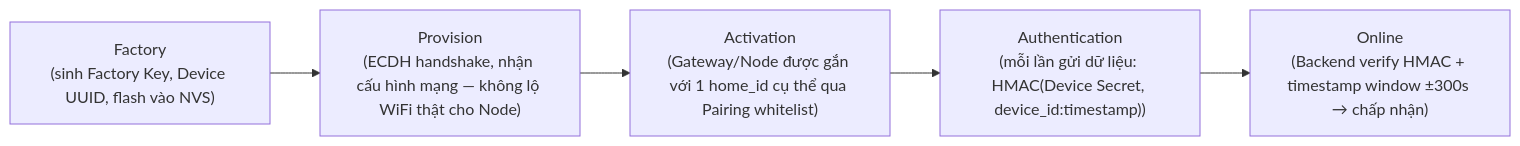
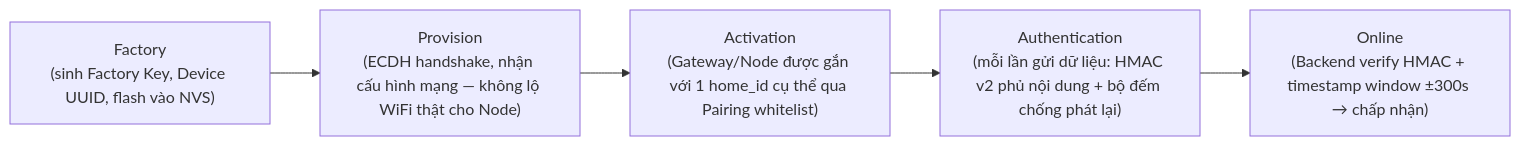
One commit to Noxxsanl/secure-smart-home changed the second of 9 diagrams in docs/SECURITY_ARCHITECTURE.md. Above: the diagram before and after it, drawn with Mermaid. The commit also changed other lines of this file and 132 other files, not shown here.

````diff
--- a/docs/SECURITY_ARCHITECTURE.md
+++ b/docs/SECURITY_ARCHITECTURE.md
@@ -212,7 +228,8 @@
 ```mermaid
 flowchart LR
     A["Factory\n(sinh Factory Key, Device UUID, flash vào NVS)"] --> B["Provision\n(ECDH handshake, nhận cấu hình mạng — không lộ WiFi thật cho Node)"]
     B --> C["Activation\n(Gateway/Node được gắn với 1 home_id cụ thể qua Pairing whitelist)"]
-    C --> D["Authentication\n(mỗi lần gửi dữ liệu: HMAC(Device Secret, device_id:timestamp))"]
+    C --> D["Authentication
+(mỗi lần gửi dữ liệu: HMAC v2 phủ nội dung + bộ đếm chống phát lại)"]
     D --> E["Online\n(Backend verify HMAC + timestamp window ±300s → chấp nhận)"]
 ```
````
